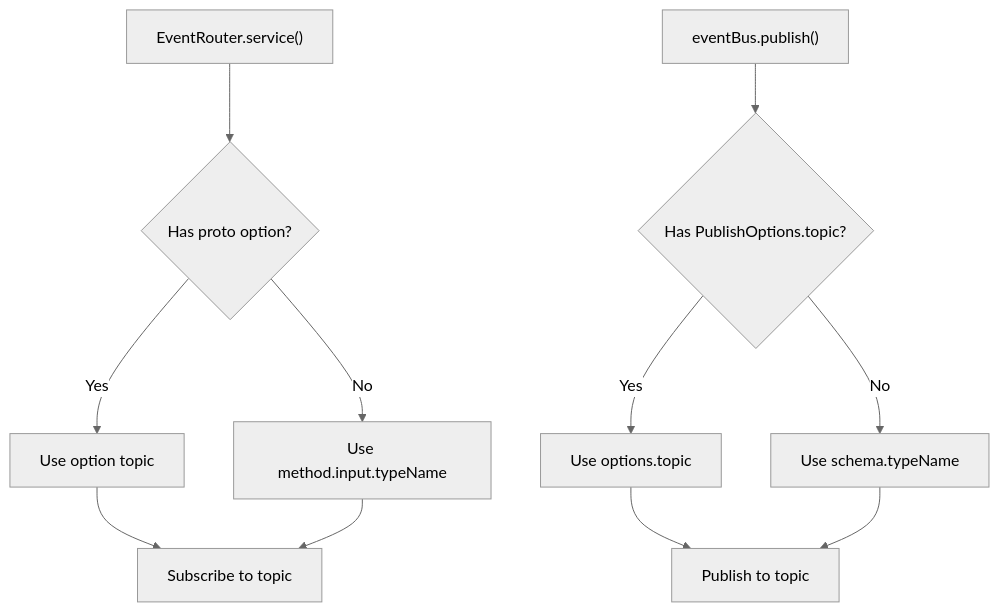
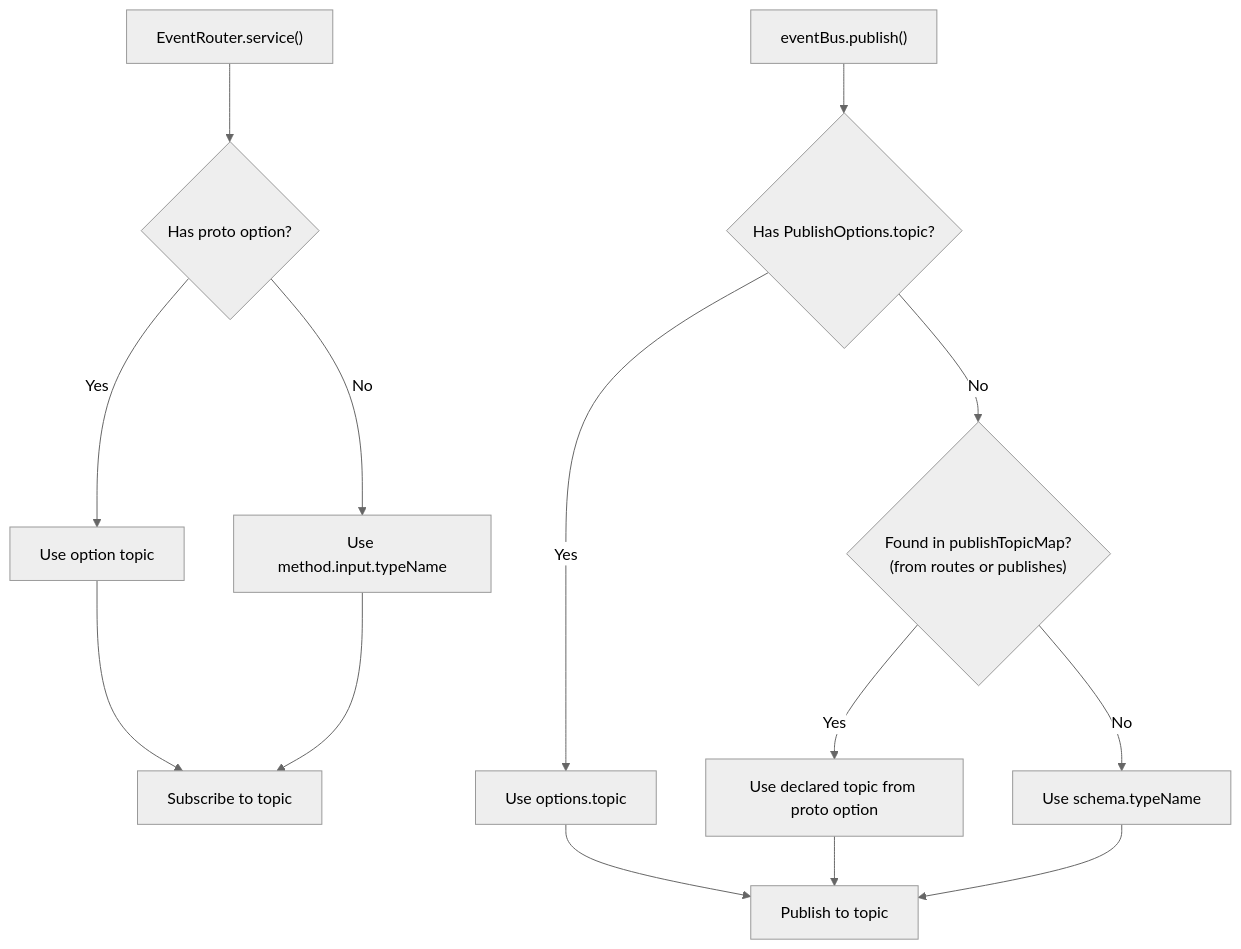
Before and after one commit to Connectum-Framework/docs: the diagram in en/guide/events/custom-topics.md, drawn with Mermaid (neutral theme). The commit also changed other lines of this file and 5 other files, not shown here.

````diff
--- a/en/guide/events/custom-topics.md
+++ b/en/guide/events/custom-topics.md
@@ -93,14 +105,17 @@
 ```mermaid
 flowchart TD
     A["EventRouter.service()"] --> B{"Has proto option?"}
     B -->|Yes| C["Use option topic"]
     B -->|No| D["Use method.input.typeName"]
     C --> E["Subscribe to topic"]
     D --> E
 
     F["eventBus.publish()"] --> G{"Has PublishOptions.topic?"}
     G -->|Yes| H["Use options.topic"]
-    G -->|No| I["Use schema.typeName"]
+    G -->|No| P{"Found in publishTopicMap?\n(from routes or publishes)"}
+    P -->|Yes| Q["Use declared topic from proto option"]
+    P -->|No| I["Use schema.typeName"]
     H --> J["Publish to topic"]
+    Q --> J
     I --> J
 ```
````
